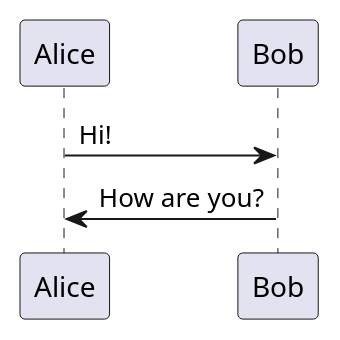
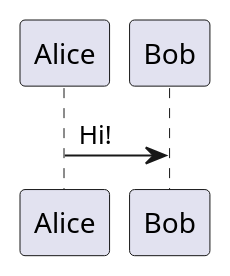
One commit to meneerfaas/intermezzo changed the diagram in docs/source/ch05_basic_functions/ch05_02_basic_functions.rst. Above: the diagram before and after it, drawn with PlantUML. The commit also changed 1 other file, not shown here.

Commit message:
Moved plantuml.jar to source\utils

```diff
--- a/docs/source/ch05_basic_functions/ch05_02_basic_functions.rst
+++ b/docs/source/ch05_basic_functions/ch05_02_basic_functions.rst
@@ -20,4 +20,3 @@
 .. uml::
 
    Alice -> Bob: Hi!
-   Alice <- Bob: How are you?
```
